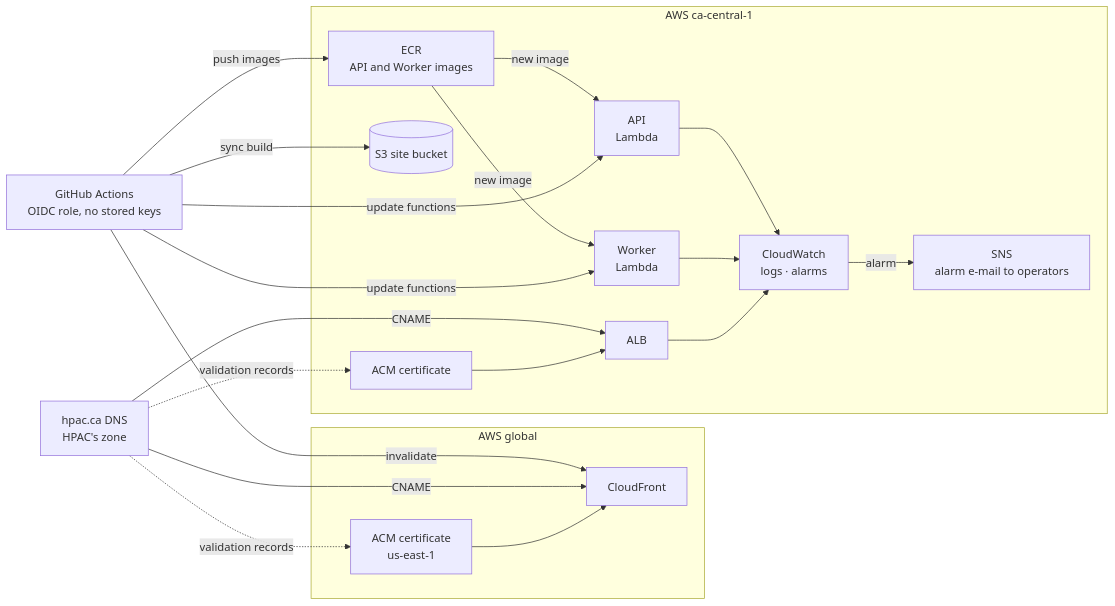
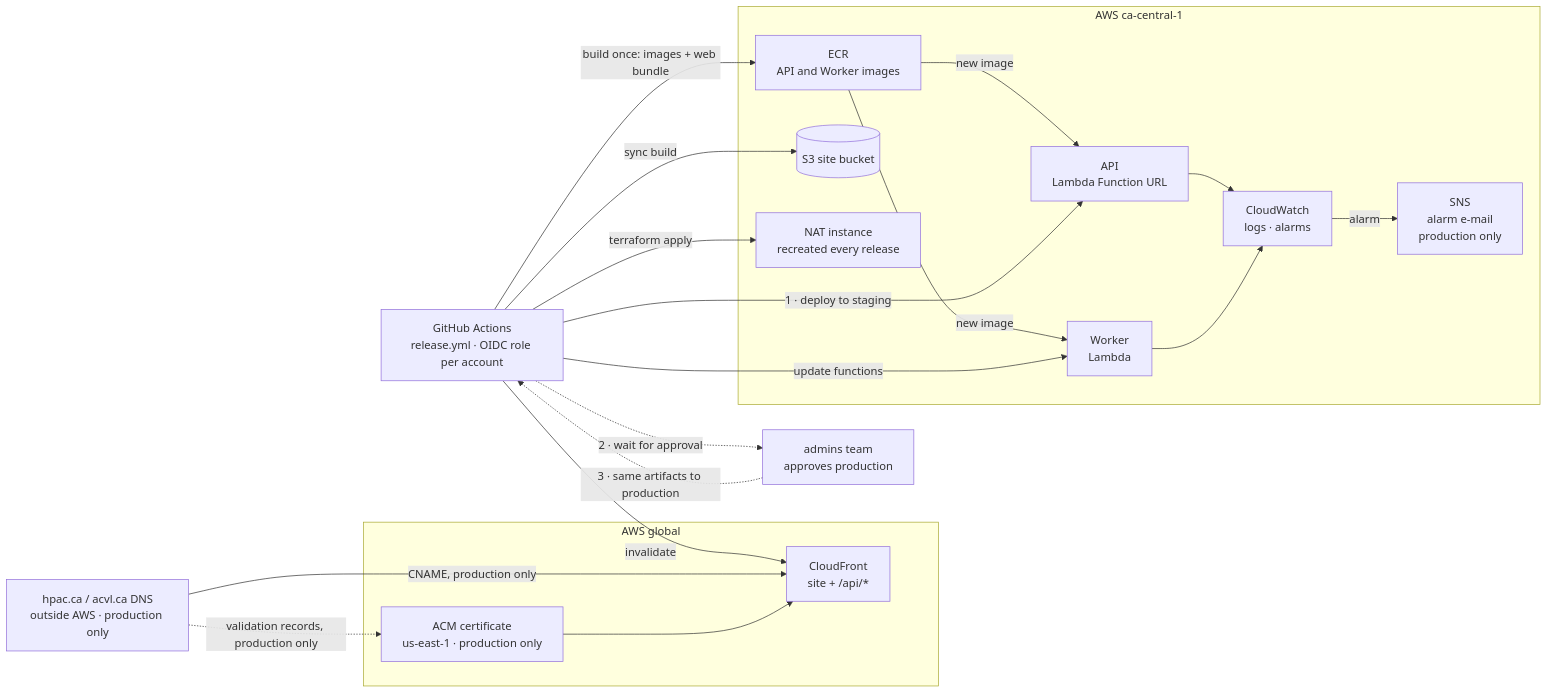
One commit to HPAC-Safety/safety-report changed the third of 3 diagrams in docs/infrastructure-and-operations.md. Above: the diagram before and after it, drawn with Mermaid. The commit also changed other lines of this file and 13 other files, not shown here.

````diff
--- a/docs/infrastructure-and-operations.md
+++ b/docs/infrastructure-and-operations.md
@@ -99,39 +109,38 @@
 ```mermaid
 flowchart LR
-    gha["GitHub Actions<br/>OIDC role, no stored keys"]
-    dns["hpac.ca DNS<br/>HPAC's zone"]
+    gha["GitHub Actions<br/>release.yml · OIDC role per account"]
+    dns["hpac.ca / acvl.ca DNS<br/>outside AWS · production only"]
+    admins["admins team<br/>approves production"]
 
     subgraph global["AWS global"]
-        cf["CloudFront"]
-        acmglobal["ACM certificate<br/>us-east-1"]
+        cf["CloudFront<br/>site + /api/*"]
+        acmglobal["ACM certificate<br/>us-east-1 · production only"]
     end
 
     subgraph region["AWS ca-central-1"]
         ecr["ECR<br/>API and Worker images"]
-        api["API<br/>Lambda"]
+        api["API<br/>Lambda Function URL"]
         worker["Worker<br/>Lambda"]
         site[("S3 site bucket")]
-        alb["ALB"]
-        acm["ACM certificate"]
         watch["CloudWatch<br/>logs · alarms"]
-        sns["SNS<br/>alarm e-mail to operators"]
+        sns["SNS<br/>alarm e-mail<br/>production only"]
+        nat["NAT instance<br/>recreated every release"]
     end
 
-    gha -->|"push images"| ecr
+    gha -->|"build once: images + web bundle"| ecr
     ecr -->|"new image"| api
     ecr -->|"new image"| worker
-    gha -->|"update functions"| api
+    gha -->|"1 · deploy to staging"| api
+    gha -->|"terraform apply"| nat
     gha -->|"update functions"| worker
     gha -->|"sync build"| site
     gha -->|"invalidate"| cf
-    dns -->|"CNAME"| cf
-    dns -->|"CNAME"| alb
-    dns -.->|"validation records"| acm
-    dns -.->|"validation records"| acmglobal
+    gha -.->|"2 · wait for approval"| admins
+    admins -.->|"3 · same artifacts to production"| gha
+    dns -->|"CNAME, production only"| cf
+    dns -.->|"validation records, production only"| acmglobal
     acmglobal --> cf
-    acm --> alb
     api --> watch
     worker --> watch
-    alb --> watch
     watch -->|"alarm"| sns
 ```
````
